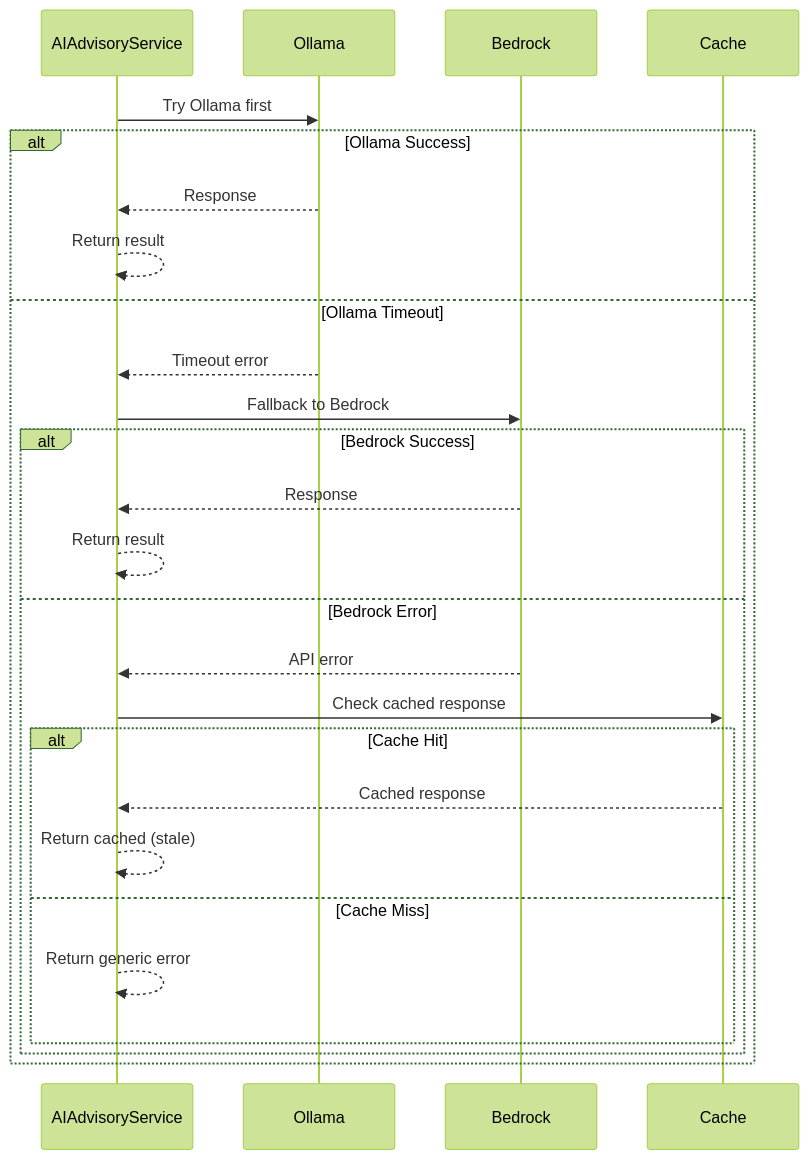
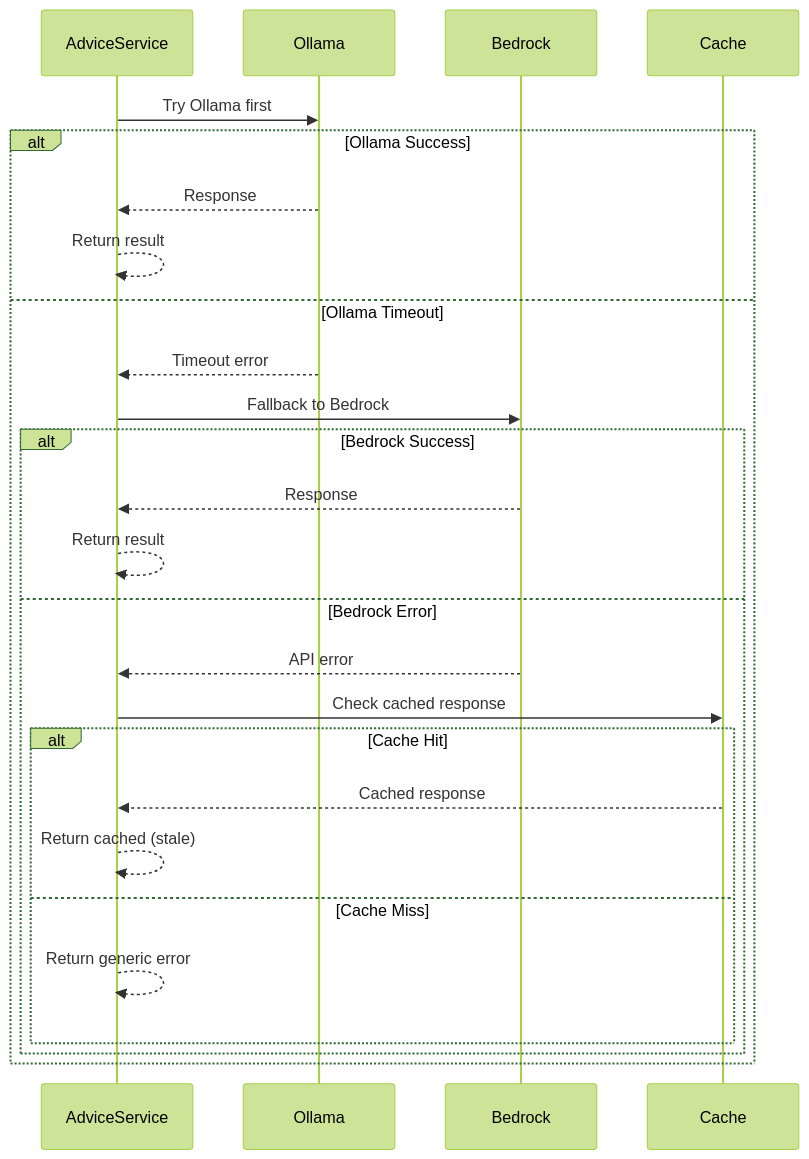
One commit to exatfrds67/umamusume-career-planner changed the second of 2 diagrams in docs/01-sequences/SEQ-006_AI_Advice_Generation.md. Above: the diagram before and after it, drawn with Mermaid (forest theme). The commit also changed other lines of this file and 111 other files, not shown here.

````diff
--- a/docs/01-sequences/SEQ-006_AI_Advice_Generation.md
+++ b/docs/01-sequences/SEQ-006_AI_Advice_Generation.md
@@ -795,32 +795,32 @@
 ```mermaid
 sequenceDiagram
-    participant Service as AIAdvisoryService
+    participant Service as AdviceService
     participant Ollama
     participant Bedrock
     participant Cache
     
     Service->>Ollama: Try Ollama first
     
     alt Ollama Success
         Ollama-->>Service: Response
         Service-->>Service: Return result
     else Ollama Timeout
         Ollama-->>Service: Timeout error
         Service->>Bedrock: Fallback to Bedrock
         
         alt Bedrock Success
             Bedrock-->>Service: Response
             Service-->>Service: Return result
         else Bedrock Error
             Bedrock-->>Service: API error
             Service->>Cache: Check cached response
             
             alt Cache Hit
                 Cache-->>Service: Cached response
                 Service-->>Service: Return cached (stale)
             else Cache Miss
                 Service-->>Service: Return generic error
             end
         end
     end
 ```
````
